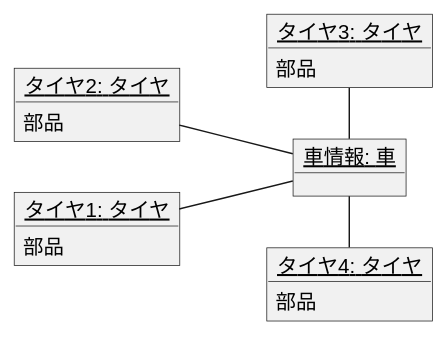
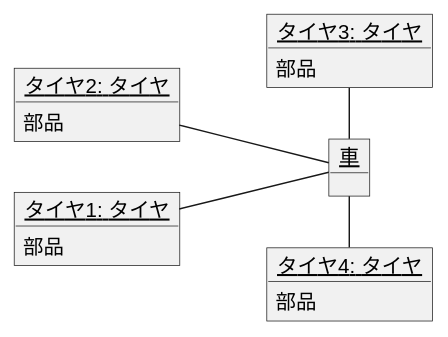
One commit to YumaSatou/uml-introduction changed the diagram in 演習3-4_オブジェクト図.pu. Above: the diagram before and after it, drawn with PlantUML. The commit also changed 1 other file, not shown here.

Commit message:
演習3-4_クラス図

```diff
--- a/演習3-4_オブジェクト図.pu
+++ b/演習3-4_オブジェクト図.pu
@@ -1,23 +1,23 @@
 @startuml
 left to right direction
 object "<u>タイヤ2: タイヤ</u>" as t2 {
 部品
 }
 object "<u>タイヤ1: タイヤ</u>" as t1 {
 部品
 }
 object "<u>タイヤ3: タイヤ</u>" as t3 {
 部品
 }
 object "<u>タイヤ4: タイヤ</u>" as t4 {
 部品
 }
-object "<u>車情報: 車</u>" as car1 {
+object "<u>車</u>" as car1 {
 
 }
 
 t1 -- car1
 t2 -- car1
 t3 -right- car1
 t4 -left- car1
 @enduml
```
